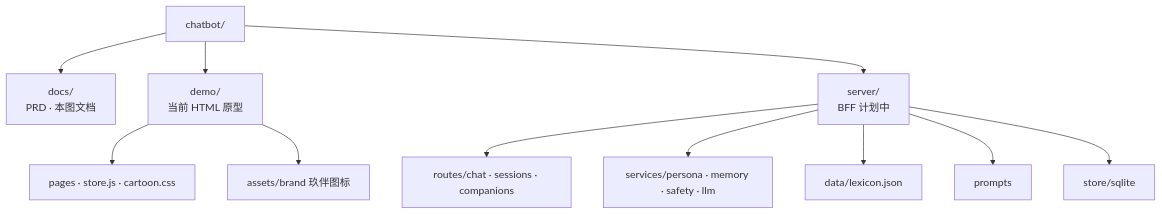
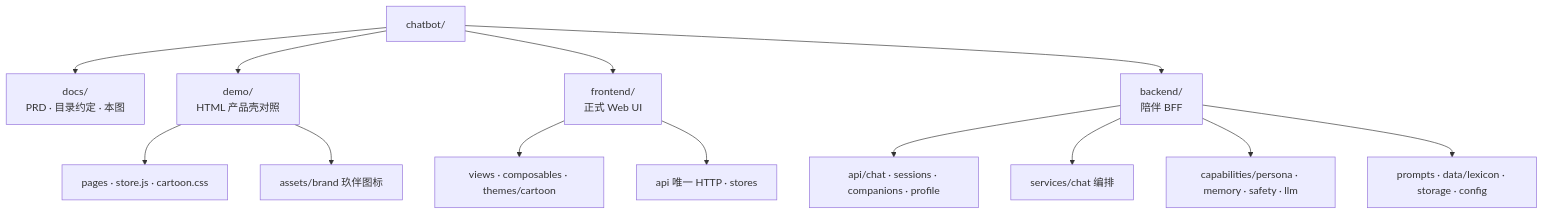
Before and after one commit to LinJJ12/EverPal: the ninth of 11 diagrams in docs/diagrams.md, drawn with Mermaid. The commit also changed other lines of this file and 9 other files, not shown here.

Commit message:
约定 frontend/backend 目录结构，并修正 OmniStream 引用、PRD Demo 口吻与 composables 命名。

````diff
--- a/docs/diagrams.md
+++ b/docs/diagrams.md
@@ -243,16 +246,19 @@
 ```mermaid
 flowchart TB
     ROOT[chatbot/]
-    ROOT --> DOCS[docs/<br/>PRD · 本图文档]
-    ROOT --> DEMO[demo/<br/>当前 HTML 原型]
-    ROOT --> SERVER[server/<br/>BFF 计划中]
+    ROOT --> DOCS[docs/<br/>PRD · 目录约定 · 本图]
+    ROOT --> DEMO[demo/<br/>HTML 产品壳对照]
+    ROOT --> FE[frontend/<br/>正式 Web UI]
+    ROOT --> BE[backend/<br/>陪伴 BFF]
 
     DEMO --> D1[pages · store.js · cartoon.css]
     DEMO --> D2[assets/brand 玖伴图标]
 
-    SERVER --> S1[routes/chat · sessions · companions]
-    SERVER --> S2[services/persona · memory · safety · llm]
-    SERVER --> S3[data/lexicon.json]
-    SERVER --> S4[prompts]
-    SERVER --> S5[store/sqlite]
+    FE --> F1[views · composables · themes/cartoon]
+    FE --> F2[api 唯一 HTTP · stores]
+
+    BE --> S1[api/chat · sessions · companions · profile]
+    BE --> S2[services/chat 编排]
+    BE --> S3[capabilities/persona · memory · safety · llm]
+    BE --> S4[prompts · data/lexicon · storage · config]
 ```
````
